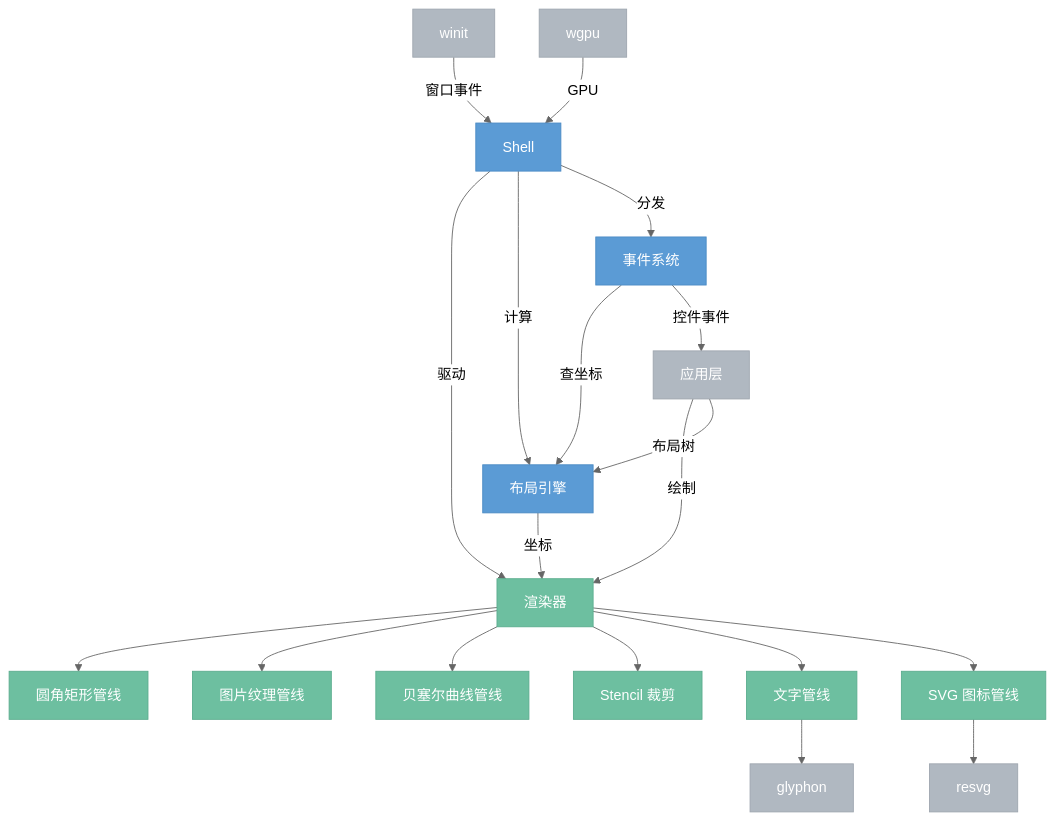
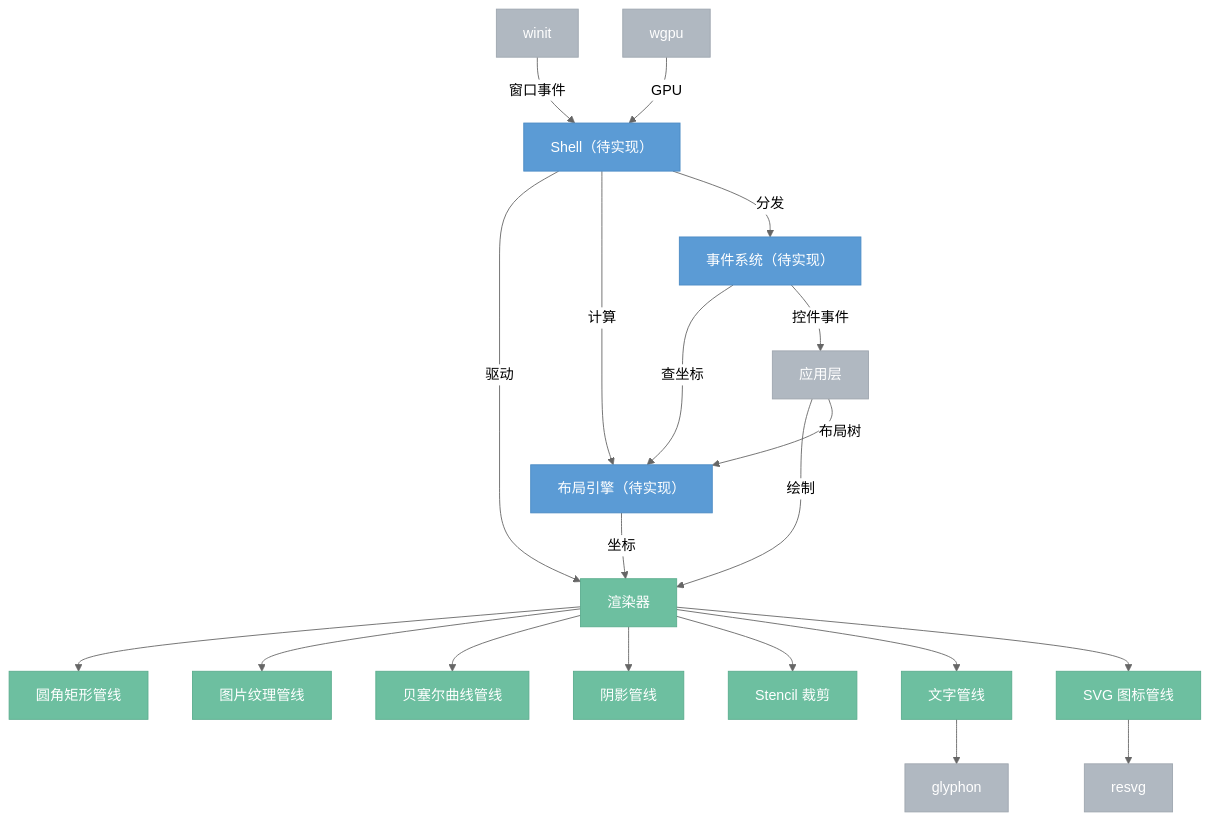
The diagram in docs/target/7.0.0-renderer.md (aporicho/nodeimg), drawn with Mermaid (neutral theme) before and after one commit. The commit also changed other lines of this file and 2 other files, not shown here.

````diff
--- a/docs/target/7.0.0-renderer.md
+++ b/docs/target/7.0.0-renderer.md
@@ -7,35 +7,36 @@
 ```mermaid
 %%{ init: { 'flowchart': { 'curve': 'basis' } } }%%
 flowchart TB
     classDef internal fill:#6DBFA0,stroke:#5BAD8E,color:#fff
     classDef logic fill:#5B9BD5,stroke:#4A8AC4,color:#fff
     classDef external fill:#B0B8C1,stroke:#9EA6AF,color:#fff
 
     应用层["应用层"]:::external
 
     应用层 -->|"绘制"| 渲染器["渲染器"]:::internal
-    应用层 -->|"布局树"| 布局["布局引擎"]:::logic
+    应用层 -->|"布局树"| 布局["布局引擎（待实现）"]:::logic
 
     渲染器 --> 圆角矩形["圆角矩形管线"]:::internal
     渲染器 --> 图片["图片纹理管线"]:::internal
     渲染器 --> 曲线["贝塞尔曲线管线"]:::internal
+    渲染器 --> 阴影["阴影管线"]:::internal
     渲染器 --> Stencil["Stencil 裁剪"]:::internal
     渲染器 --> 文字["文字管线"]:::internal
     渲染器 --> SVG["SVG 图标管线"]:::internal
 
     文字 --> glyphon["glyphon"]:::external
     SVG --> resvg["resvg"]:::external
 
-    Shell["Shell"]:::logic
+    Shell["Shell（待实现）"]:::logic
     Shell -->|"驱动"| 渲染器
     Shell -->|"计算"| 布局
-    Shell -->|"分发"| 事件["事件系统"]:::logic
+    Shell -->|"分发"| 事件["事件系统（待实现）"]:::logic
 
     事件 -->|"查坐标"| 布局
     布局 -->|"坐标"| 渲染器
 
     winit["winit"]:::external -->|"窗口事件"| Shell
     wgpu["wgpu"]:::external -->|"GPU"| Shell
 
     事件 -->|"控件事件"| 应用层
 ```
````
